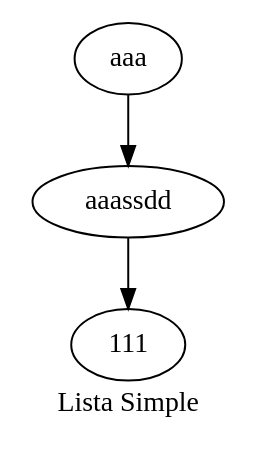
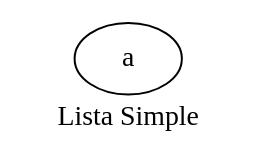
Before and after one commit to 200915305/Practica2s12017_200915305: the diagram in Python/Lista_simple.dot, drawn with Graphviz. The commit also changed 6 other files, not shown here.

```diff
--- a/Python/Lista_simple.dot
+++ b/Python/Lista_simple.dot
@@ -1,10 +1,6 @@
 digraph ListaSimple{
 label = "Lista Simple"
 
-	Node0[label = "aaa"];
-	Node1[label = "aaassdd"];
-	Node2[label = "111"];
+	Node0[label = "a"];
 
-	Node0 -> Node1;
-	Node1 -> Node2;
 }
```
